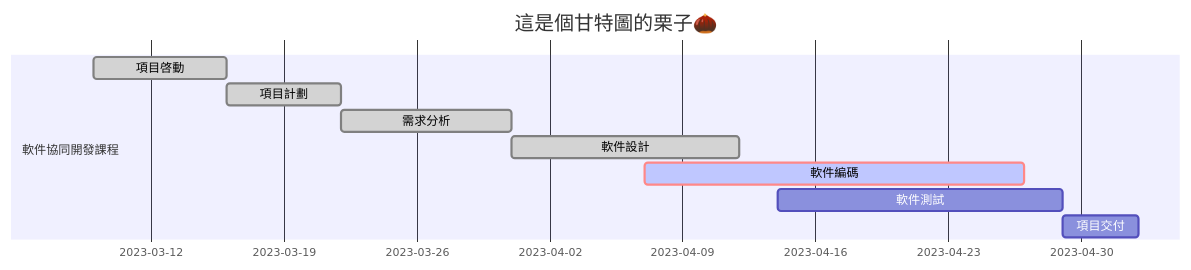
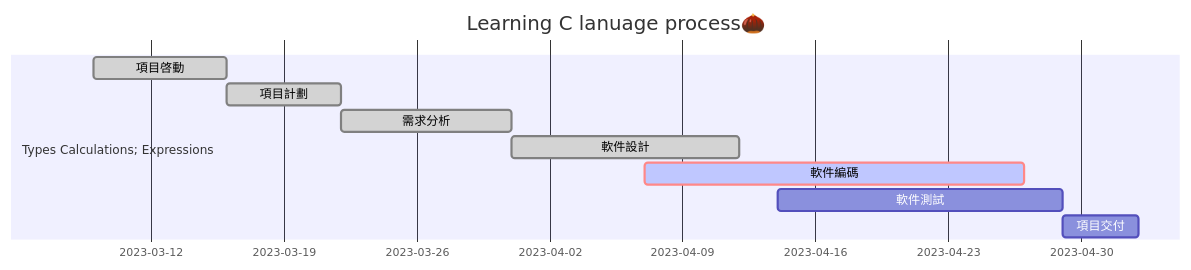
The diagram in README.md (AimeeWen1992/Learning-C), drawn with Mermaid before and after one commit. The commit also changed other lines of this file, not shown here.

````diff
--- a/README.md
+++ b/README.md
@@ -30,15 +30,15 @@
 ```mermaid
 gantt
-title 這是個甘特圖的栗子🌰
+title Learning C lanuage process🌰
 
 dateFormat MM-DD
 
-section 軟件協同開發課程
+section Types Calculations; Expressions
 項目啓動 :done,des1,03-09,7d
 項目計劃 :done,des2,after des1,6d
 需求分析 :done,des3,after des2,9d
 軟件設計 :done,des4,after des3,12d
 軟件編碼 :crit,active,des5,04-07,20d
 軟件測試 :des6,04-14,15d
 項目交付 :des7,after des6,4d
 ```
````
